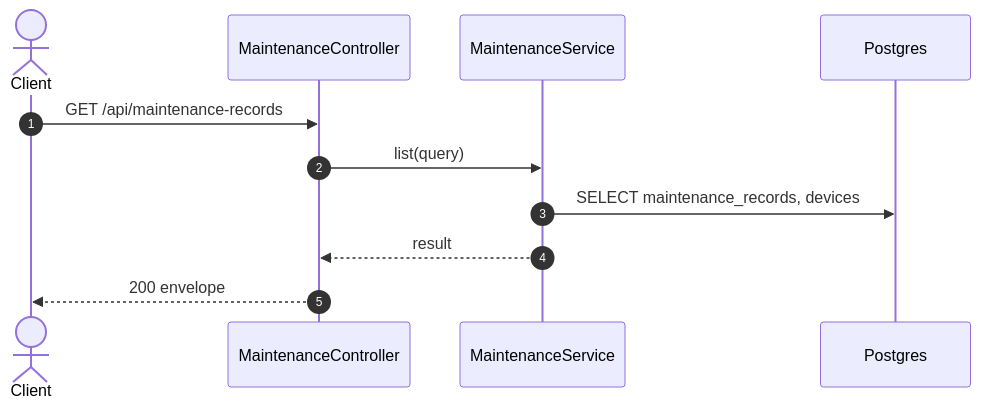
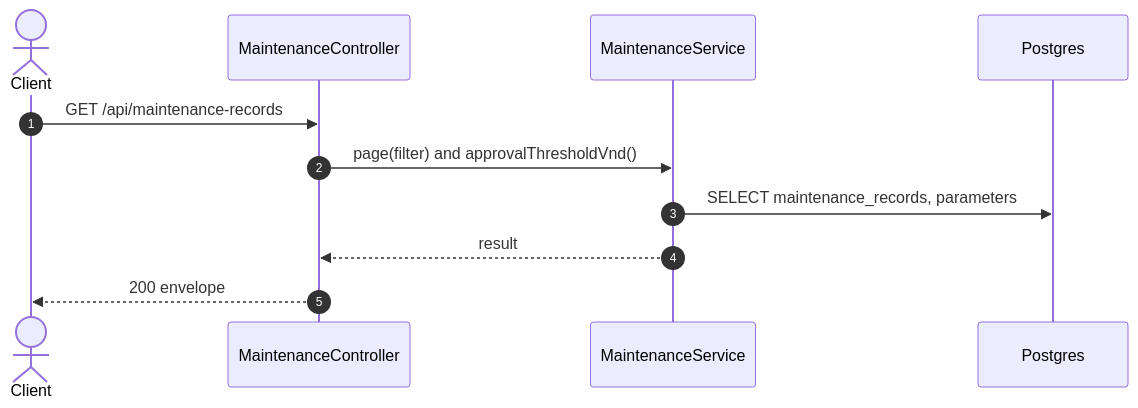
Before and after one commit to TrekLink-Team/treklink-web: the second of 2 diagrams in specs/devices/api-design/15-get-maintenance-records.md, drawn with Mermaid. The commit also changed other lines of this file and 5 other files, not shown here.

First line of the commit message:
feat: return the maintenance approval threshold with the record list

````diff
--- a/specs/devices/api-design/15-get-maintenance-records.md
+++ b/specs/devices/api-design/15-get-maintenance-records.md
@@ -168,13 +169,13 @@
 ```mermaid
 sequenceDiagram
     autonumber
     actor C as Client
     participant Ctl as MaintenanceController
     participant Svc as MaintenanceService
     participant DB as Postgres
     C->>Ctl: GET /api/maintenance-records
-    Ctl->>Svc: list(query)
-    Svc->>DB: SELECT maintenance_records, devices
+    Ctl->>Svc: page(filter) and approvalThresholdVnd()
+    Svc->>DB: SELECT maintenance_records, parameters
     Svc-->>Ctl: result
     Ctl-->>C: 200 envelope
 ```
````
